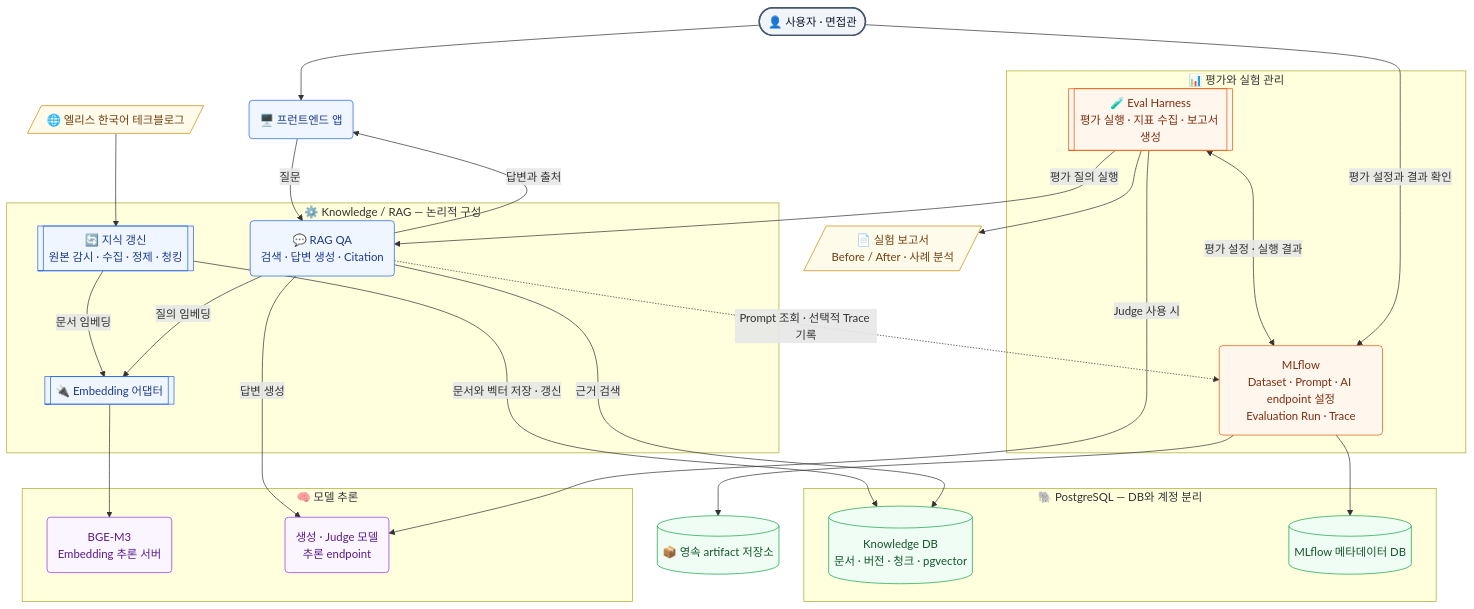
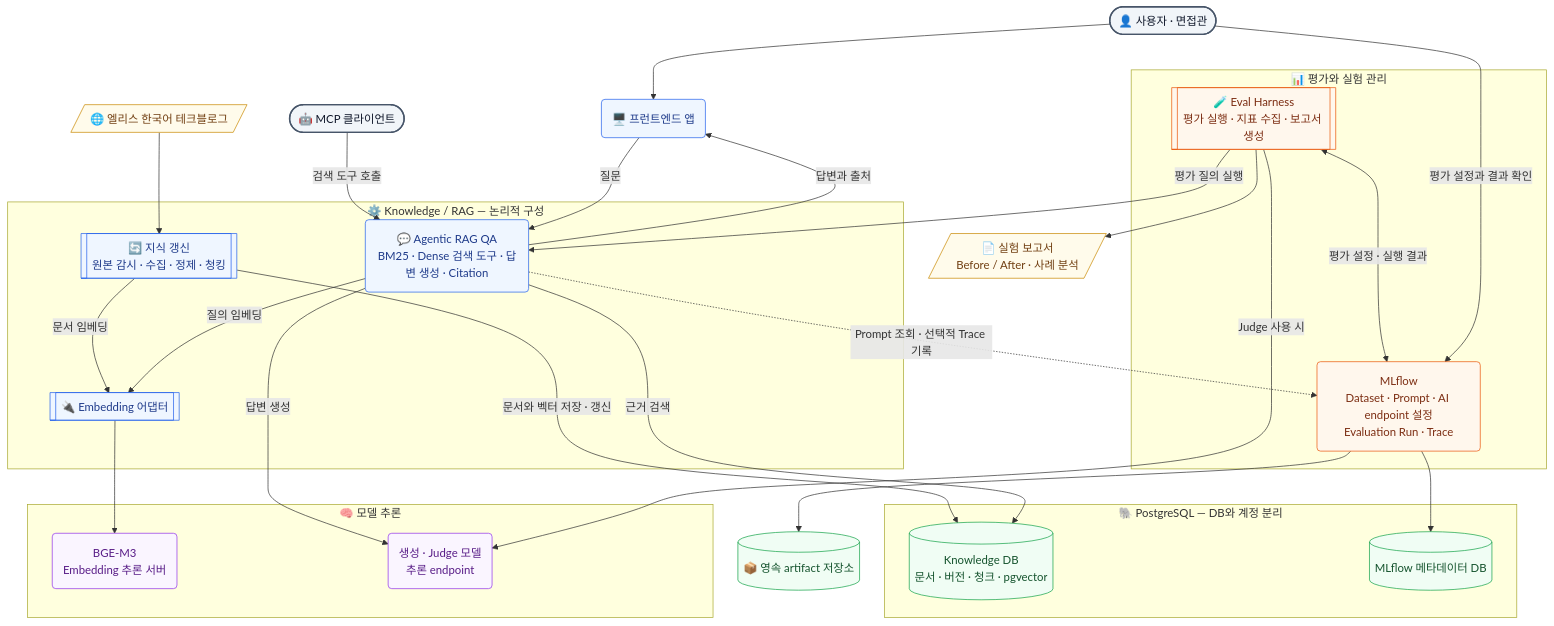
One commit to Ootzk/elice-techblog-RAG changed the second of 2 diagrams in README.md. Above: the diagram before and after it, drawn with Mermaid. The commit also changed other lines of this file and 28 other files, not shown here.

First line of the commit message:
feat: BM25·MCP 검색 도구 기반 LangGraph agentic RAG (#7)

````diff
--- a/README.md
+++ b/README.md
@@ -444,63 +516,64 @@
 ```mermaid
 flowchart TB
     User(["👤 사용자 · 면접관"])
     Blog[/"🌐 엘리스 한국어 테크블로그"/]
     Frontend("🖥️ 프런트엔드 앱")
 
     subgraph Knowledge["⚙️ Knowledge / RAG — 논리적 구성"]
         Ingest[["🔄 지식 갱신<br/>원본 감시 · 수집 · 정제 · 청킹"]]
-        RAG("💬 RAG QA<br/>검색 · 답변 생성 · Citation")
+        RAG("💬 Agentic RAG QA<br/>BM25 · Dense 검색 도구 · 답변 생성 · Citation")
         Adapter[["🔌 Embedding 어댑터"]]
     end
 
     subgraph PostgreSQL["🐘 PostgreSQL — DB와 계정 분리"]
         KnowledgeDB[("Knowledge DB<br/>문서 · 버전 · 청크 · pgvector")]
         MLflowDB[("MLflow 메타데이터 DB")]
     end
 
     subgraph Inference["🧠 모델 추론"]
         Embedding("BGE-M3<br/>Embedding 추론 서버")
         Models("생성 · Judge 모델<br/>추론 endpoint")
     end
 
     subgraph Evaluation["📊 평가와 실험 관리"]
         Eval[["🧪 Eval Harness<br/>평가 실행 · 지표 수집 · 보고서 생성"]]
         MLflow("MLflow<br/>Dataset · Prompt · AI endpoint 설정<br/>Evaluation Run · Trace")
     end
 
     Artifacts[("📦 영속 artifact 저장소")]
     Report[/"📄 실험 보고서<br/>Before / After · 사례 분석"/]
 
     User --> Frontend
+    MCPClient(["🤖 MCP 클라이언트"]) -->|검색 도구 호출| RAG
     Frontend -->|질문| RAG
     RAG -->|답변과 출처| Frontend
     Blog --> Ingest
     Ingest -->|문서와 벡터 저장 · 갱신| KnowledgeDB
     Ingest -->|문서 임베딩| Adapter
     RAG -->|질의 임베딩| Adapter
     Adapter --> Embedding
     RAG -->|근거 검색| KnowledgeDB
     RAG -->|답변 생성| Models
     Eval -->|평가 질의 실행| RAG
     Eval -->|Judge 사용 시| Models
     Eval <-->|평가 설정 · 실행 결과| MLflow
     RAG -.->|Prompt 조회 · 선택적 Trace 기록| MLflow
     MLflow --> MLflowDB
     MLflow --> Artifacts
     User -->|평가 설정과 결과 확인| MLflow
     Eval --> Report
 
     classDef person fill:#f1f5f9,stroke:#475569,color:#0f172a,stroke-width:2px
     classDef service fill:#eff6ff,stroke:#2563eb,color:#1e3a8a
     classDef storage fill:#f0fdf4,stroke:#16a34a,color:#14532d
     classDef model fill:#faf5ff,stroke:#9333ea,color:#581c87
     classDef evaluation fill:#fff7ed,stroke:#ea580c,color:#7c2d12
     classDef document fill:#fffbeb,stroke:#ca8a04,color:#713f12
 
-    class User person
+    class User,MCPClient person
     class Frontend,Ingest,RAG,Adapter service
     class KnowledgeDB,MLflowDB,Artifacts storage
     class Embedding,Models model
     class Eval,MLflow evaluation
     class Blog,Report document
 ```
````
